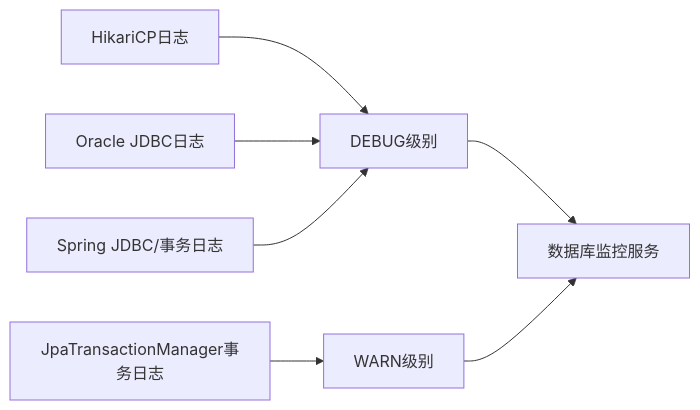
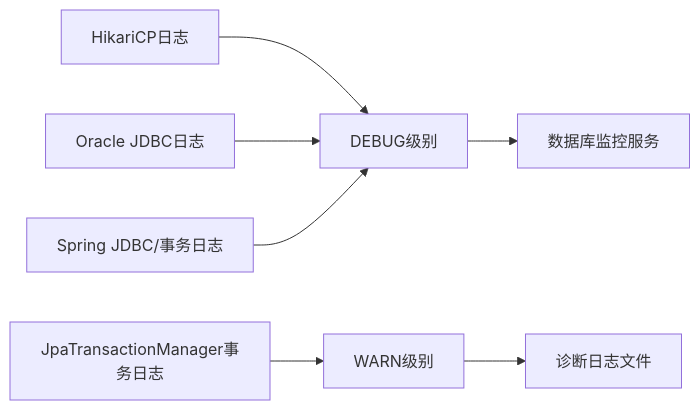
One commit to liuzh2008/med_ai_assistant_workspace changed the eighth of 12 diagrams in .qoder/repowiki/zh/content/监控运维/日志管理.md. Above: the diagram before and after it, drawn with Mermaid. The commit also changed other lines of this file and 9 other files, not shown here.

````diff
--- a/.qoder/repowiki/zh/content/监控运维/日志管理.md
+++ b/.qoder/repowiki/zh/content/监控运维/日志管理.md
@@ -257,9 +286,9 @@
 ```mermaid
 flowchart LR
 HIKARI["HikariCP日志"] --> DBG["DEBUG级别"]
 ORA["Oracle JDBC日志"] --> DBG
 SPRING["Spring JDBC/事务日志"] --> DBG
 JPA["JpaTransactionManager事务日志"] --> WARN["WARN级别"]
 DBG --> MON["数据库监控服务"]
-WARN --> MON
+WARN --> DIAG["诊断日志文件"]
 ```
````
